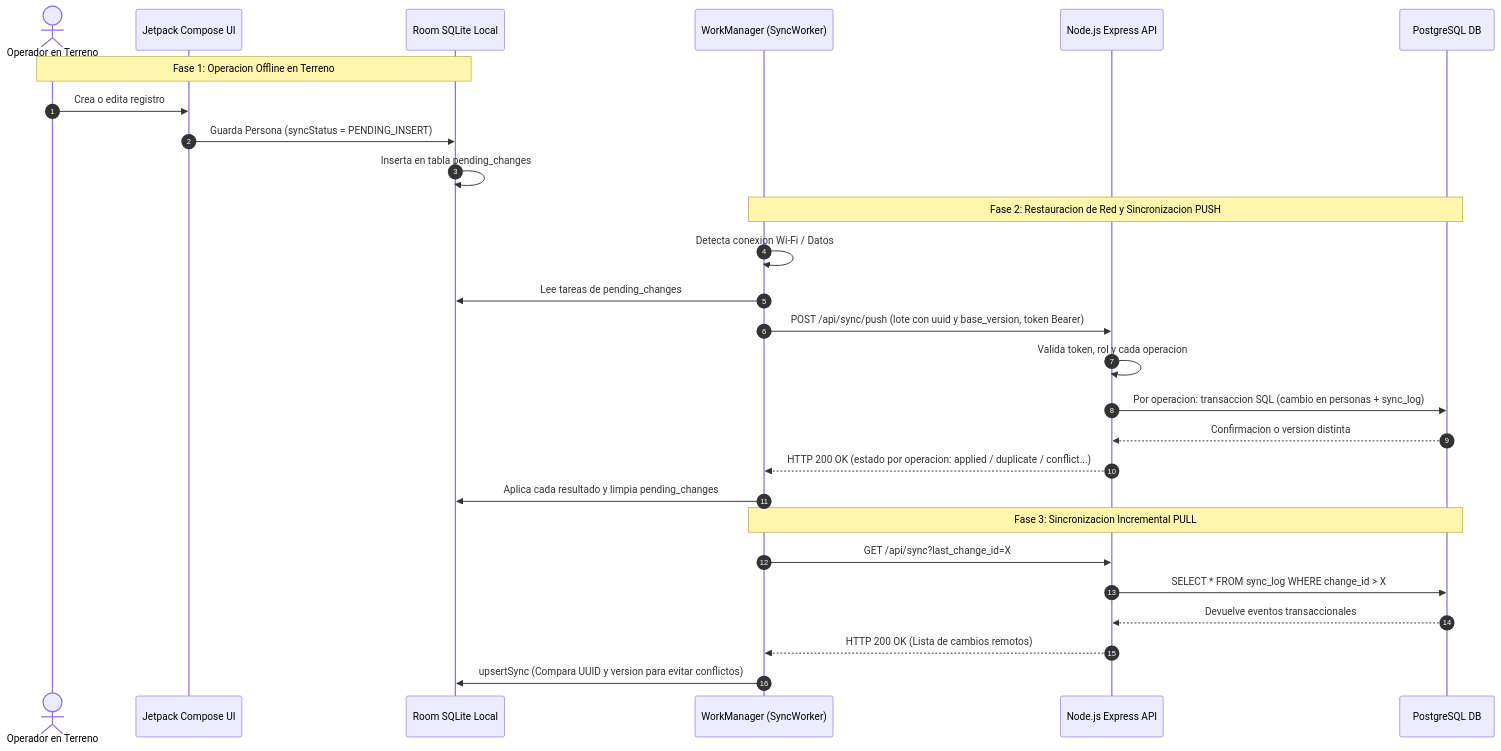
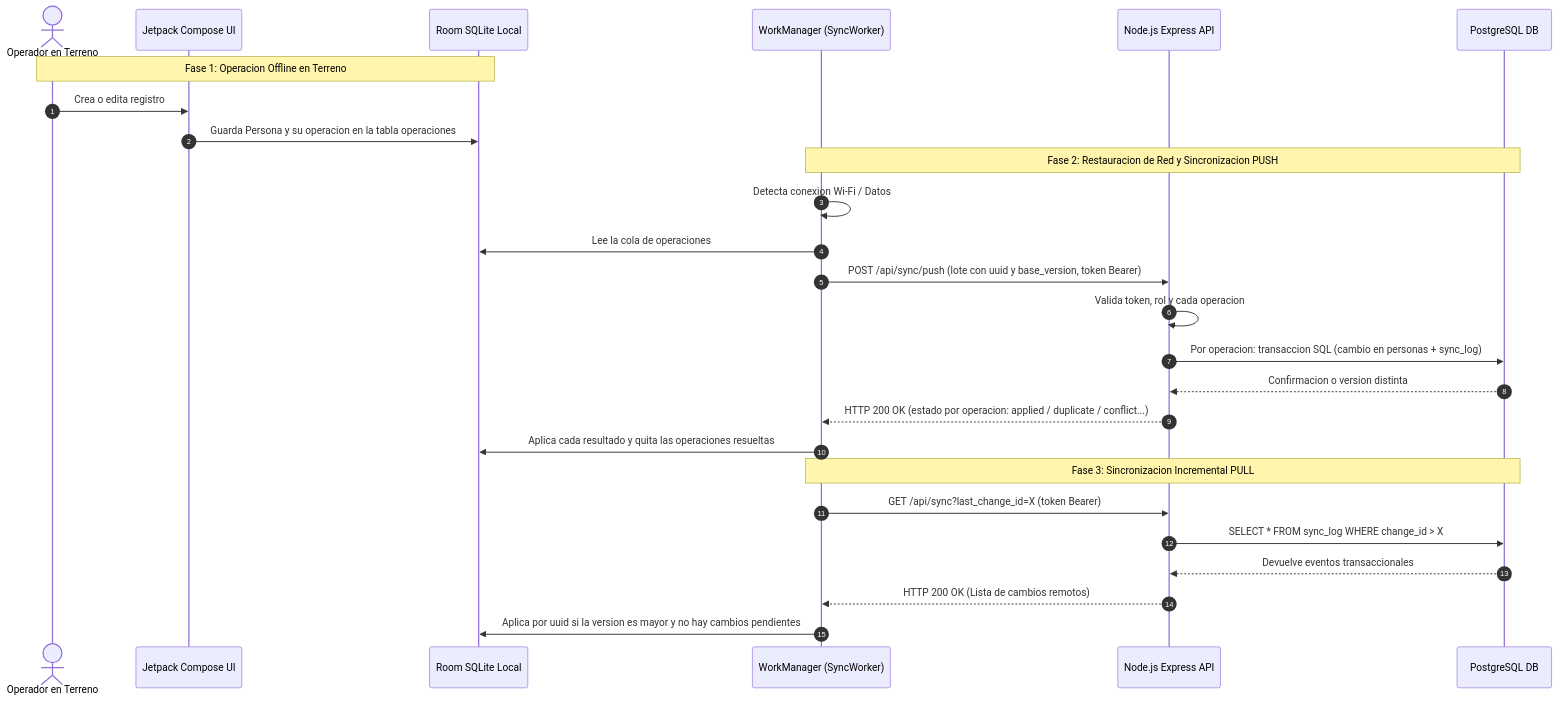
The third of 3 diagrams in docs/documento.md (Aryannext/Sincronizaci-n-Web---app-Nativa), drawn with Mermaid before and after one commit. The commit also changed other lines of this file and 42 other files, not shown here.

````diff
--- a/docs/documento.md
+++ b/docs/documento.md
@@ -127,32 +132,31 @@
 ```mermaid
 sequenceDiagram
     autonumber
     actor Usuario as Operador en Terreno
     participant UI as Jetpack Compose UI
     participant Room as Room SQLite Local
     participant Worker as WorkManager (SyncWorker)
     participant API as Node.js Express API
     participant PG as PostgreSQL DB
 
     Note over Usuario, Room: Fase 1: Operacion Offline en Terreno
     Usuario->>UI: Crea o edita registro
-    UI->>Room: Guarda Persona (syncStatus = PENDING_INSERT)
-    Room->>Room: Inserta en tabla pending_changes
+    UI->>Room: Guarda Persona y su operacion en la tabla operaciones
 
     Note over Worker, PG: Fase 2: Restauracion de Red y Sincronizacion PUSH
     Worker->>Worker: Detecta conexion Wi-Fi / Datos
-    Worker->>Room: Lee tareas de pending_changes
+    Worker->>Room: Lee la cola de operaciones
     Worker->>API: POST /api/sync/push (lote con uuid y base_version, token Bearer)
     API->>API: Valida token, rol y cada operacion
     API->>PG: Por operacion: transaccion SQL (cambio en personas + sync_log)
     PG-->>API: Confirmacion o version distinta
     API-->>Worker: HTTP 200 OK (estado por operacion: applied / duplicate / conflict...)
-    Worker->>Room: Aplica cada resultado y limpia pending_changes
+    Worker->>Room: Aplica cada resultado y quita las operaciones resueltas
 
     Note over Worker, PG: Fase 3: Sincronizacion Incremental PULL
-    Worker->>API: GET /api/sync?last_change_id=X
+    Worker->>API: GET /api/sync?last_change_id=X (token Bearer)
     API->>PG: SELECT * FROM sync_log WHERE change_id > X
     PG-->>API: Devuelve eventos transaccionales
     API-->>Worker: HTTP 200 OK (Lista de cambios remotos)
-    Worker->>Room: upsertSync (Compara UUID y version para evitar conflictos)
+    Worker->>Room: Aplica por uuid si la version es mayor y no hay cambios pendientes
 ```
````
